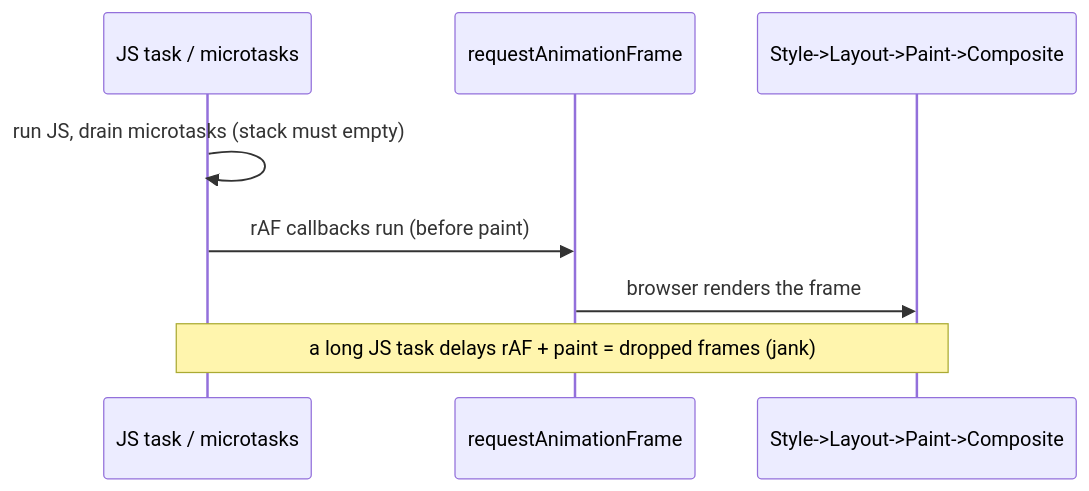
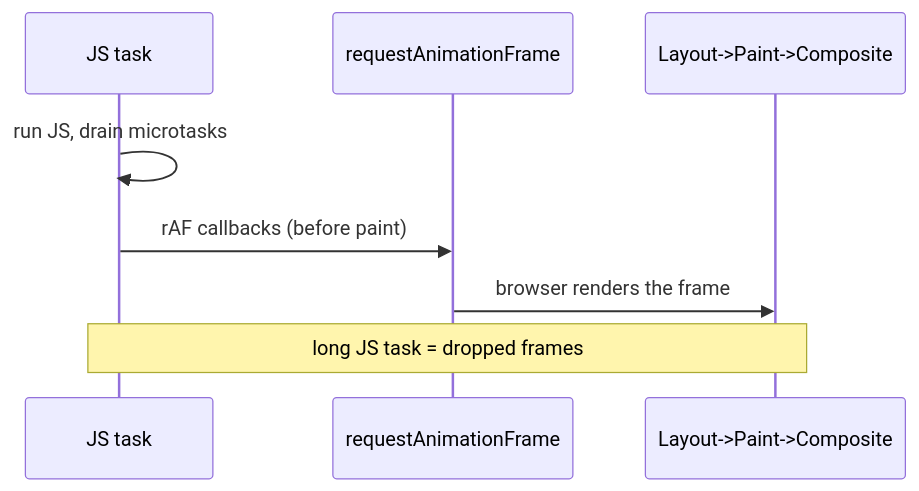
One commit to ashishxcode/frontend-internals changed the second of 2 diagrams in packages/content/content/07-browser-rendering.mdx. Above: the diagram before and after it, drawn with Mermaid. The commit also changed other lines of this file and 34 other files, not shown here.

````diff
--- a/packages/content/content/07-browser-rendering.mdx
+++ b/packages/content/content/07-browser-rendering.mdx
@@ -40,10 +74,10 @@
 ```mermaid
 sequenceDiagram
-  participant Task as JS task / microtasks
+  participant Task as JS task
   participant RAF as requestAnimationFrame
-  participant Pipe as Style->Layout->Paint->Composite
-  Task->>Task: run JS, drain microtasks (stack must empty)
-  Task->>RAF: rAF callbacks run (before paint)
+  participant Pipe as Layout->Paint->Composite
+  Task->>Task: run JS, drain microtasks
+  Task->>RAF: rAF callbacks (before paint)
   RAF->>Pipe: browser renders the frame
-  Note over Task,Pipe: a long JS task delays rAF + paint = dropped frames (jank)
+  Note over Task,Pipe: long JS task = dropped frames
 ```
````
